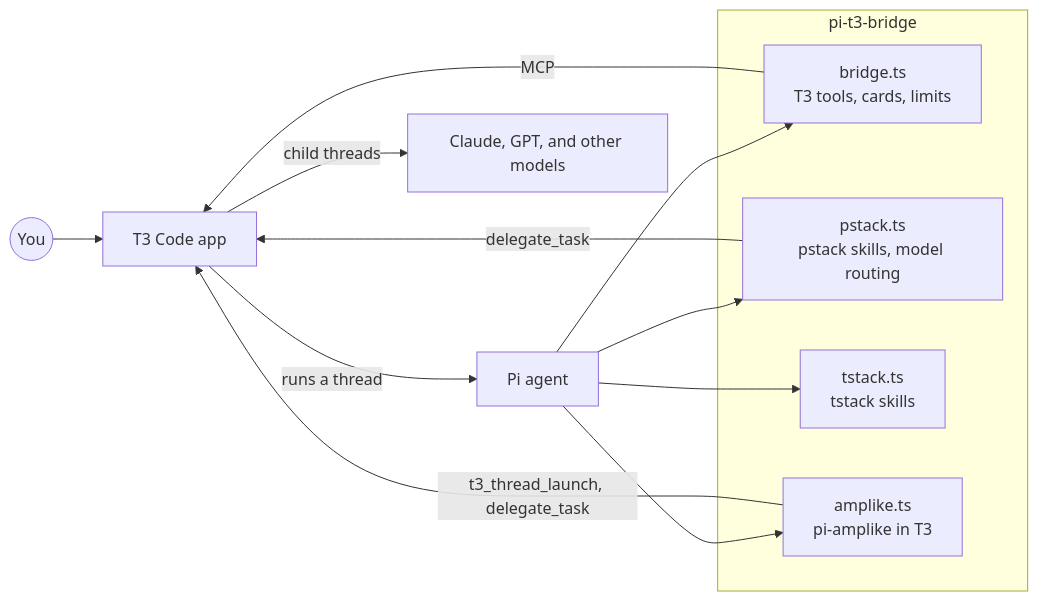
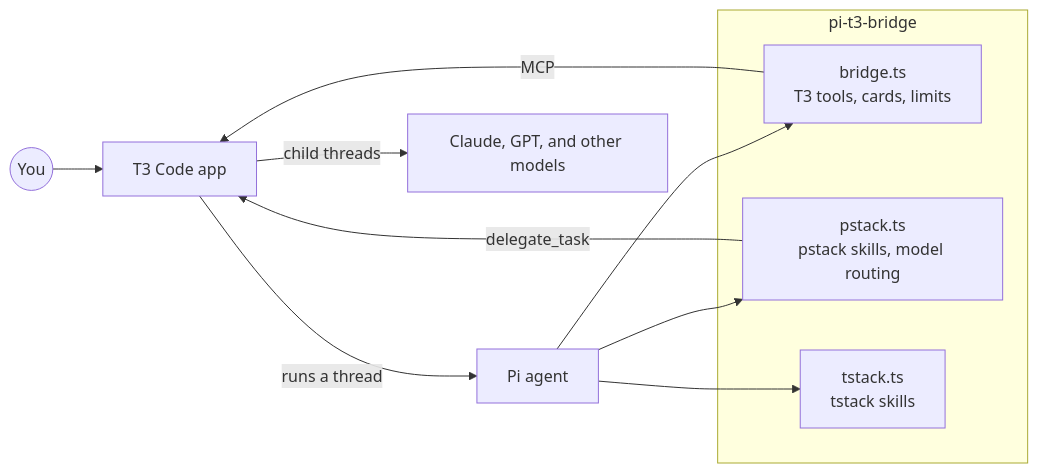
The first of 4 diagrams in README.md (DeathSurfing/pi-t3-bridge), drawn with Mermaid before and after one commit. The commit also changed other lines of this file and 8 other files, not shown here.

````diff
--- a/README.md
+++ b/README.md
@@ -5,19 +5,16 @@
 ```mermaid
 flowchart LR
     User((You)) --> T3[T3 Code app]
     T3 -->|runs a thread| Pi[Pi agent]
     subgraph pkg [pi-t3-bridge]
         Bridge[bridge.ts<br/>T3 tools, cards, limits]
         Pstack[pstack.ts<br/>pstack skills, model routing]
         Tstack[tstack.ts<br/>tstack skills]
-        Amplike[amplike.ts<br/>pi-amplike in T3]
     end
     Pi --> Bridge
     Pi --> Pstack
     Pi --> Tstack
-    Pi --> Amplike
     Bridge -->|MCP| T3
     Pstack -->|delegate_task| T3
-    Amplike -->|t3_thread_launch, delegate_task| T3
     T3 -->|child threads| Children[Claude, GPT, and other models]
 ```
````
